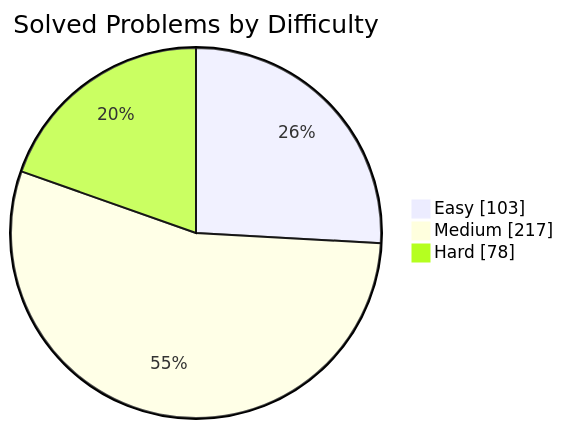
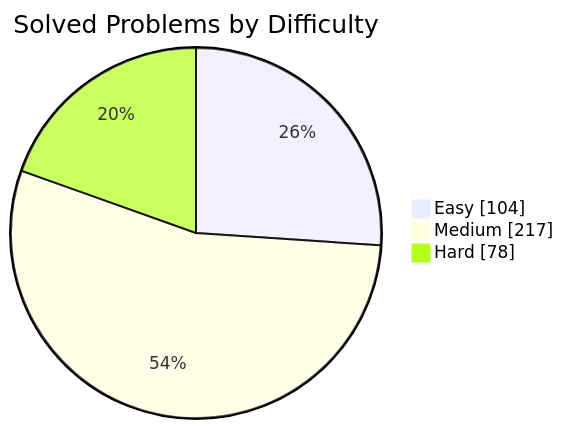
The first of 2 diagrams in README.md (manikantbindass/DSA-Preparation-FAANG), drawn with Mermaid before and after one commit. The commit also changed other lines of this file and 2 other files, not shown here.

````diff
--- a/README.md
+++ b/README.md
@@ -77,7 +77,7 @@
 ```mermaid
 pie showData
     title Solved Problems by Difficulty
-    "Easy" : 103
+    "Easy" : 104
     "Medium" : 217
     "Hard" : 78
 ```
````
